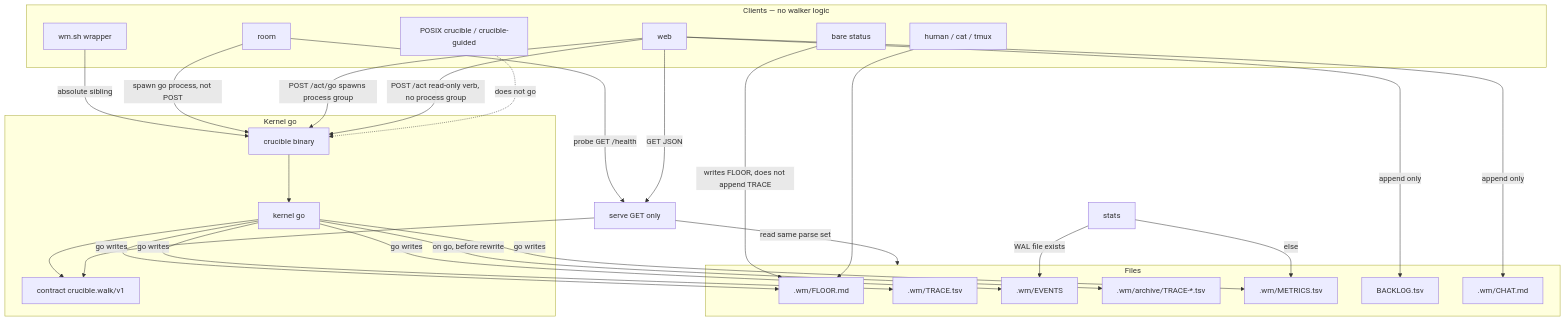
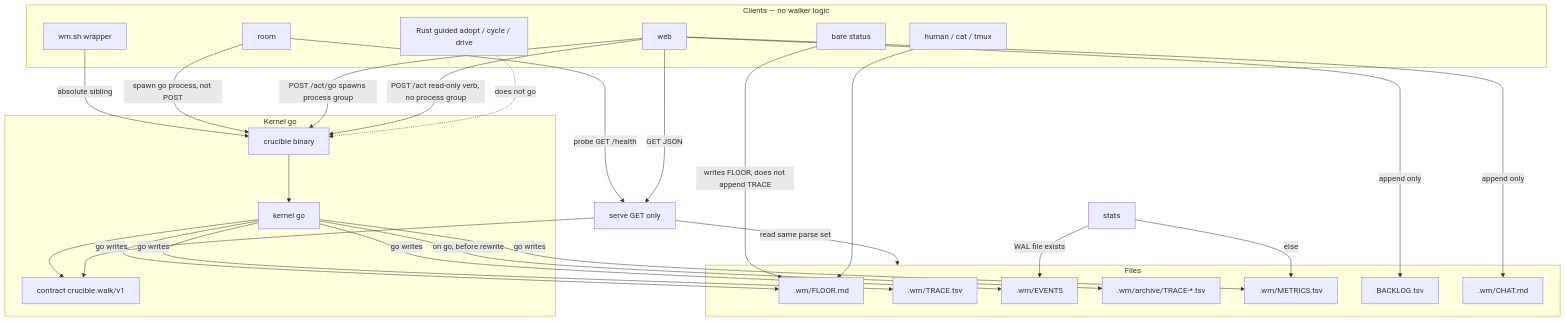
One commit to medhatgalal/crucible changed the diagram in architecture/adr/0001-rust-operating-layer.md. Above: the diagram before and after it, drawn with Mermaid. The commit also changed other lines of this file and 8 other files, not shown here.

Commit message:
docs: Rust guided contract, not POSIX 1.17.0 (1.23.1)

````diff
--- a/architecture/adr/0001-rust-operating-layer.md
+++ b/architecture/adr/0001-rust-operating-layer.md
@@ -83,49 +85,49 @@
 ```mermaid
 flowchart TB
   subgraph clients [Clients — no walker logic]
     WRAP["wm.sh wrapper"]
     ROOM["room"]
     WEB["web"]
     CAT["human / cat / tmux"]
-    POSIX["POSIX crucible / crucible-guided"]
+    GUIDED["Rust guided adopt / cycle / drive"]
     STATUS["bare status"]
   end
   subgraph kernelLayer [Kernel go]
     BIN["crucible binary"]
     K["kernel go"]
     C["contract crucible.walk/v1"]
   end
   SERVE["serve GET only"]
   STATS["stats"]
   subgraph files [Files]
     FLOOR[".wm/FLOOR.md"]
     TRACE[".wm/TRACE.tsv"]
     EVENTS[".wm/EVENTS"]
     ARCH[".wm/archive/TRACE-*.tsv"]
     METRICS[".wm/METRICS.tsv"]
     BACKLOG["BACKLOG.tsv"]
     CHAT[".wm/CHAT.md"]
   end
   WRAP -->|absolute sibling| BIN
   ROOM -->|probe GET /health| SERVE
   ROOM -->|spawn go process, not POST| BIN
   WEB -->|GET JSON| SERVE
   WEB -->|append only| BACKLOG
   WEB -->|append only| CHAT
   WEB -->|POST /act/go spawns process group| BIN
   WEB -->|POST /act read-only verb, no process group| BIN
-  POSIX -.->|does not go| BIN
+  GUIDED -.->|does not go| BIN
   BIN --> K
   K --> C
   SERVE --> C
   K -->|go writes| FLOOR
   K -->|go writes| TRACE
   K -->|go writes| EVENTS
   K -->|go writes| METRICS
   K -->|on go, before rewrite| ARCH
   STATUS -->|writes FLOOR, does not append TRACE| FLOOR
   CAT --> FLOOR
   SERVE -->|read same parse set| files
   STATS -->|WAL file exists| EVENTS
   STATS -->|else| METRICS
 ```
````
